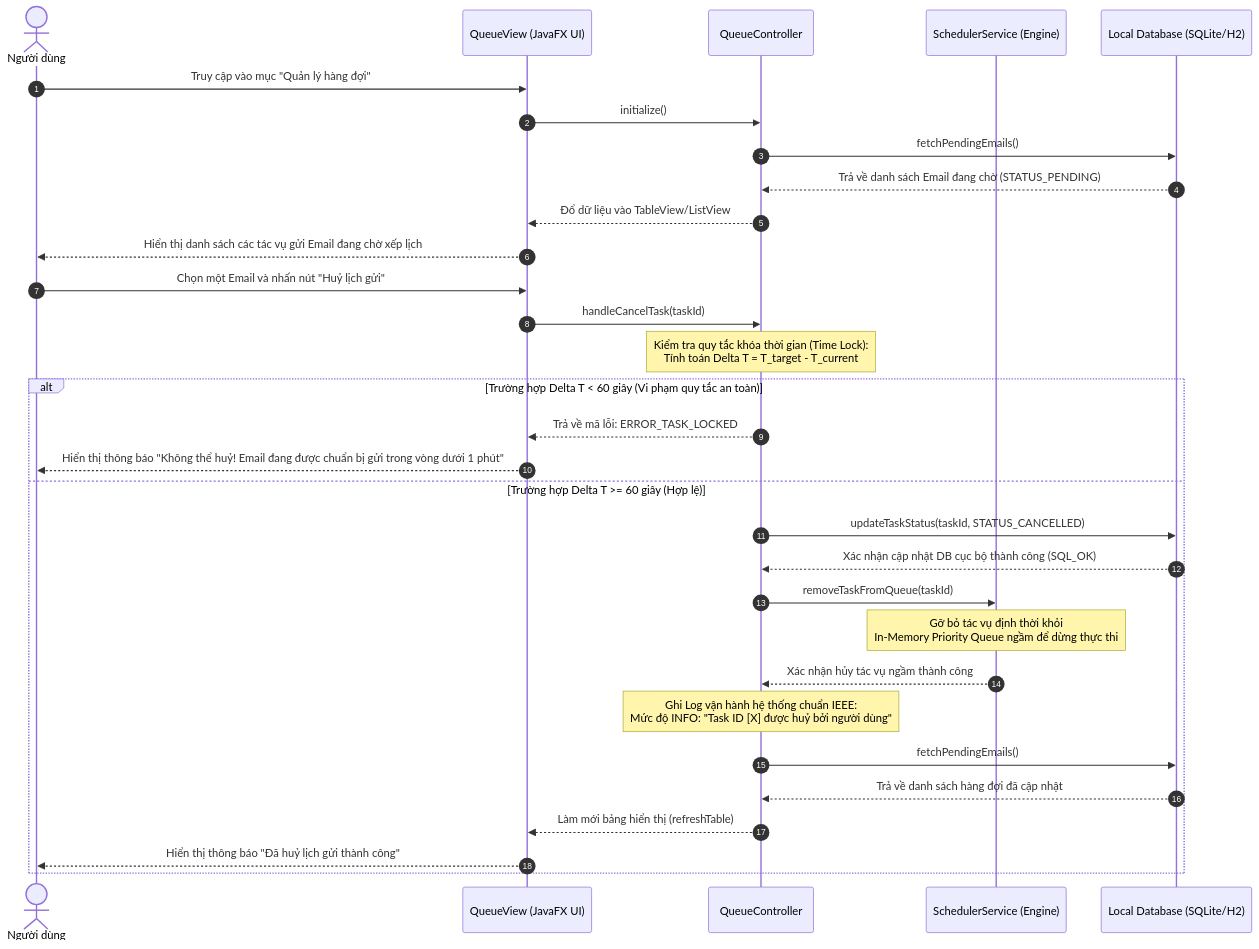
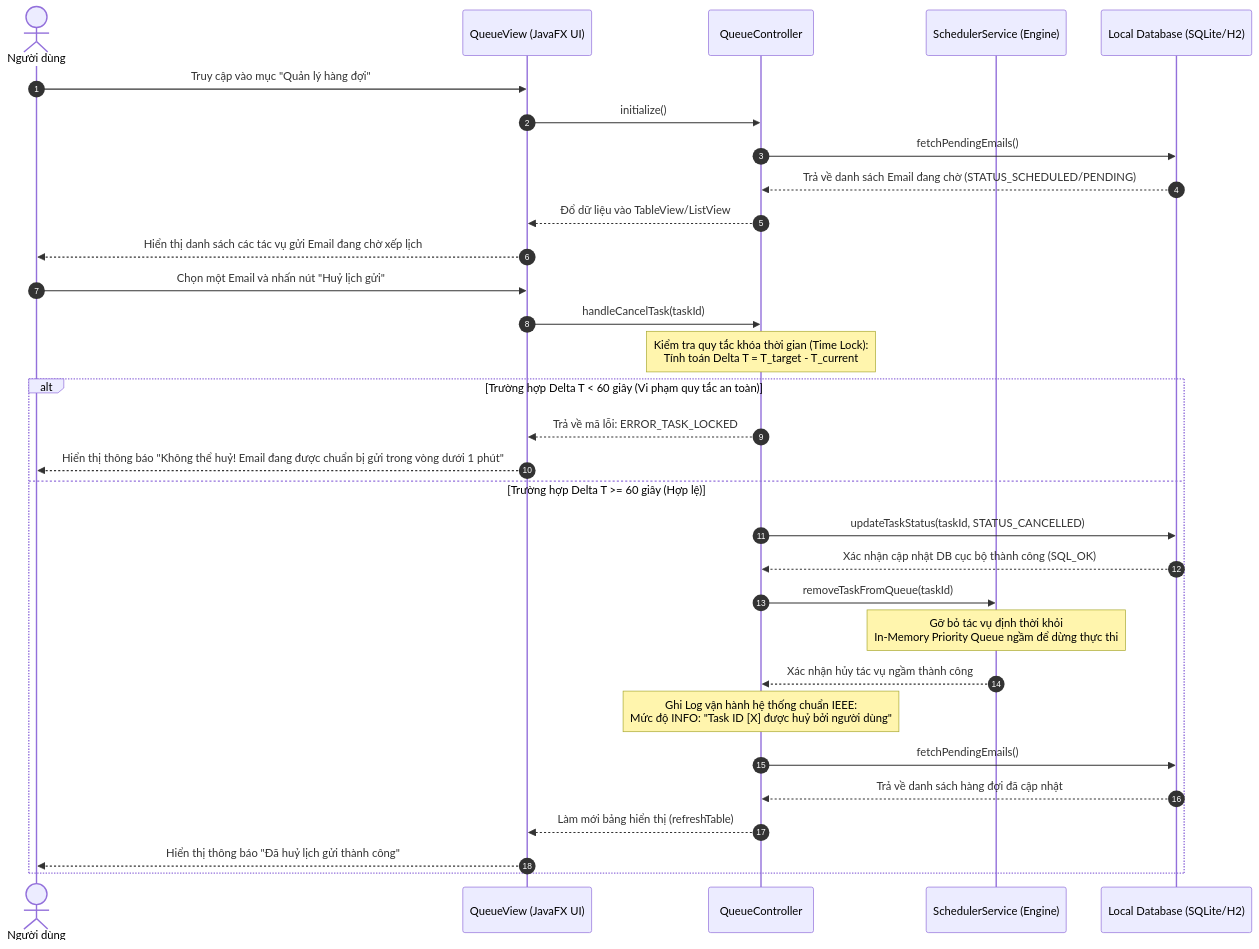
One commit to vthiet/PrecisionMail changed the diagram in docs/UC_04.md. Above: the diagram before and after it, drawn with Mermaid. The commit also changed other lines of this file and 20 other files, not shown here.

````diff
--- a/docs/UC_04.md
+++ b/docs/UC_04.md
@@ -92,43 +92,43 @@
 ```mermaid
 sequenceDiagram
     autonumber
     actor User as Người dùng
     participant QueueView as QueueView (JavaFX UI)
     participant QueueController as QueueController
     participant SchedulerService as SchedulerService (Engine)
     participant LocalDB as Local Database (SQLite/H2)
 
     %% GIAI ĐOẠN 1: TẢI VÀ HIỂN THỊ DANH SÁCH HÀNG ĐỢI (LOAD QUEUE)
     User->>QueueView: Truy cập vào mục "Quản lý hàng đợi"
     QueueView->>QueueController: initialize()
     QueueController->>LocalDB: fetchPendingEmails()
-    LocalDB-->>QueueController: Trả về danh sách Email đang chờ (STATUS_PENDING)
+    LocalDB-->>QueueController: Trả về danh sách Email đang chờ (STATUS_SCHEDULED/PENDING)
     QueueController-->>QueueView: Đổ dữ liệu vào TableView/ListView
     QueueView-->>User: Hiển thị danh sách các tác vụ gửi Email đang chờ xếp lịch
 
     %% GIAI ĐOẠN 2: THAO TÁC CAN THIỆP - HUỶ LỊCH GỬI (CANCEL/DELETE TASK)
     User->>QueueView: Chọn một Email và nhấn nút "Huỷ lịch gửi"
     QueueView->>QueueController: handleCancelTask(taskId)
     
     Note over QueueController: Kiểm tra quy tắc khóa thời gian (Time Lock):<br/>Tính toán Delta T = T_target - T_current
     
     alt Trường hợp Delta T < 60 giây (Vi phạm quy tắc an toàn)
         QueueController-->>QueueView: Trả về mã lỗi: ERROR_TASK_LOCKED
         QueueView-->>User: Hiển thị thông báo "Không thể huỷ! Email đang được chuẩn bị gửi trong vòng dưới 1 phút"
     
     else Trường hợp Delta T >= 60 giây (Hợp lệ)
         QueueController->>LocalDB: updateTaskStatus(taskId, STATUS_CANCELLED)
         LocalDB-->>QueueController: Xác nhận cập nhật DB cục bộ thành công (SQL_OK)
         
         QueueController->>SchedulerService: removeTaskFromQueue(taskId)
         Note over SchedulerService: Gỡ bỏ tác vụ định thời khỏi<br/>In-Memory Priority Queue ngầm để dừng thực thi
         SchedulerService-->>QueueController: Xác nhận hủy tác vụ ngầm thành công
         
         Note over QueueController: Ghi Log vận hành hệ thống chuẩn IEEE:<br/>Mức độ INFO: "Task ID [X] được huỷ bởi người dùng"
         
         QueueController->>LocalDB: fetchPendingEmails()
         LocalDB-->>QueueController: Trả về danh sách hàng đợi đã cập nhật
         QueueController-->>QueueView: Làm mới bảng hiển thị (refreshTable)
         QueueView-->>User: Hiển thị thông báo "Đã huỷ lịch gửi thành công"
     end
 ```
````
